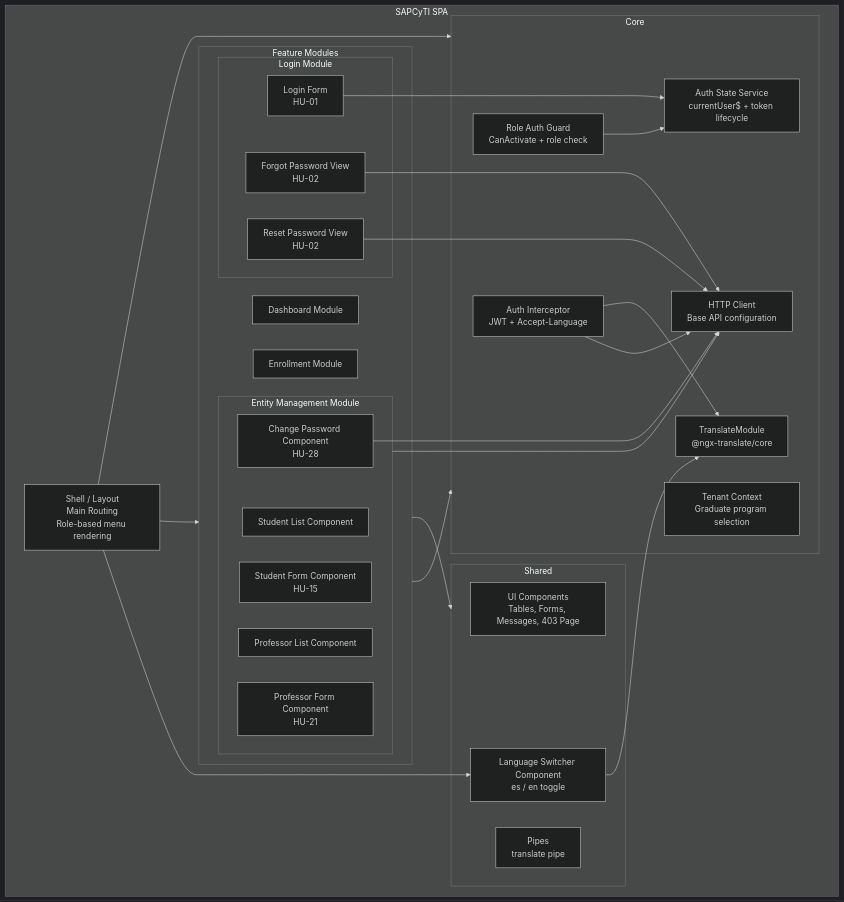
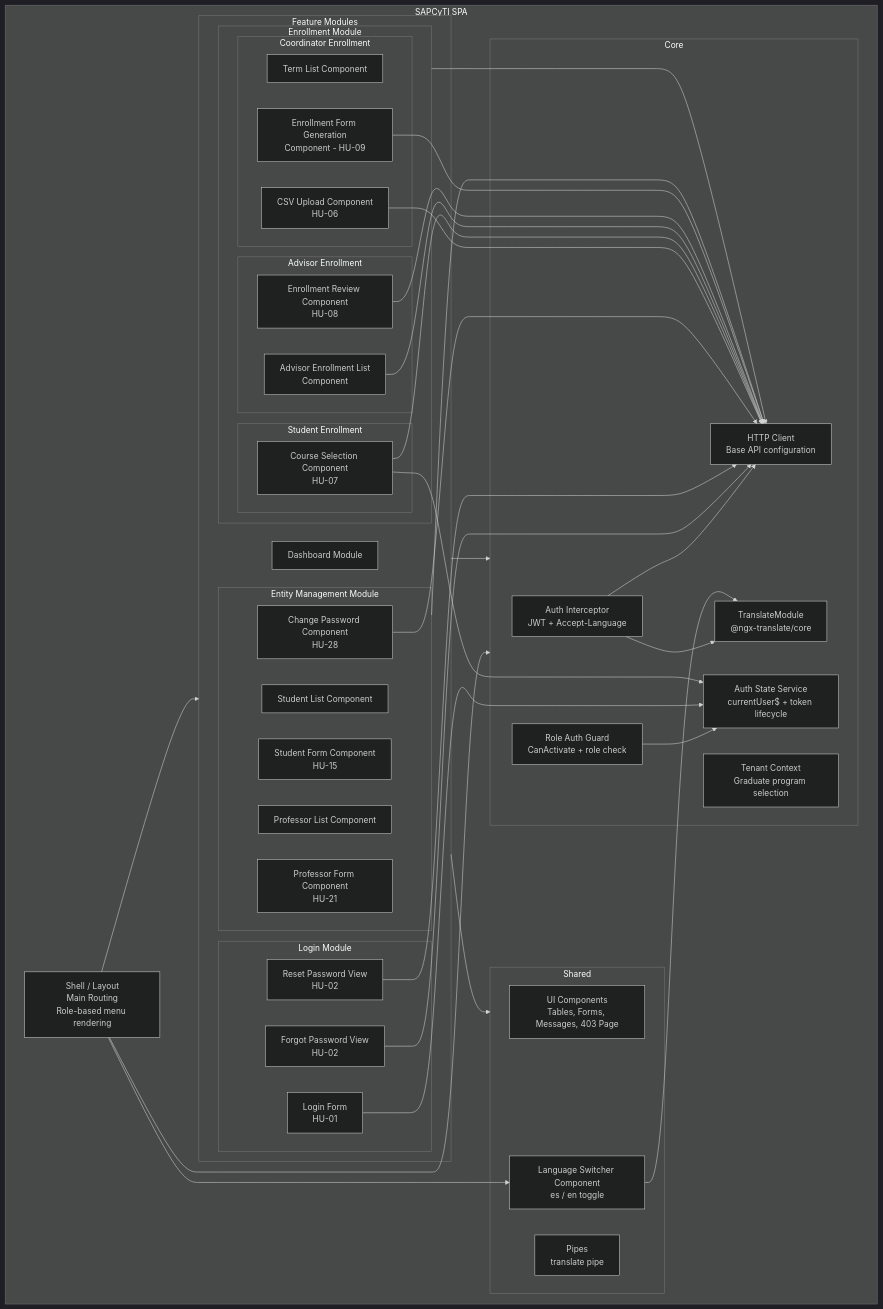
The sixth of 29 diagrams in Design/Architecture.md (SAPCyTI-UAM-I/Docs), drawn with Mermaid (dark theme) before and after one commit. The commit also changed other lines of this file, not shown here.

````diff
--- a/Design/Architecture.md
+++ b/Design/Architecture.md
@@ -607,55 +724,78 @@
 ```mermaid
 flowchart TB
     subgraph SPA["SAPCyTI SPA"]
         SHELL["Shell / Layout\nMain Routing\nRole-based menu rendering"]
 
         subgraph Features["Feature Modules"]
             subgraph LoginMod["Login Module"]
                 LOGINFORM["Login Form\nHU-01"]
                 FORGOTPWD["Forgot Password View\nHU-02"]
                 RESETPWD["Reset Password View\nHU-02"]
             end
 
             DASH["Dashboard Module"]
-            ENROLL["Enrollment Module"]
+
+            subgraph EnrollMod["Enrollment Module"]
+                subgraph CoordEnroll["Coordinator Enrollment"]
+                    TERMLIST["Term List Component"]
+                    CSVUPLOAD["CSV Upload Component\nHU-06"]
+                    FORMGEN["Enrollment Form Generation\nComponent - HU-09"]
+                end
+
+                subgraph StudentEnroll["Student Enrollment"]
+                    COURSESEL["Course Selection Component\nHU-07"]
+                end
+
+                subgraph AdvisorEnroll["Advisor Enrollment"]
+                    ADVENRLIST["Advisor Enrollment List\nComponent"]
+                    ENRREVIEW["Enrollment Review Component\nHU-08"]
+                end
+            end
 
             subgraph EntityMod["Entity Management Module"]
                 STUDLIST["Student List Component"]
                 STUDFORM["Student Form Component\nHU-15"]
                 PROFLIST["Professor List Component"]
                 PROFFORM["Professor Form Component\nHU-21"]
                 CHANGEPWD["Change Password Component\nHU-28"]
             end
         end
 
         subgraph Core["Core"]
             AUTHINT["Auth Interceptor\nJWT + Accept-Language"]
             AUTHGUARD["Role Auth Guard\nCanActivate + role check"]
             AUTHSTATE["Auth State Service\ncurrentUser$ + token lifecycle"]
             TENANT["Tenant Context\nGraduate program selection"]
             HTTP["HTTP Client\nBase API configuration"]
             I18N["TranslateModule\n@ngx-translate/core"]
         end
 
         subgraph Shared["Shared"]
             UICOMP["UI Components\nTables, Forms, Messages, 403 Page"]
             LANGSW["Language Switcher Component\nes / en toggle"]
             PIPES["Pipes\ntranslate pipe"]
         end
     end
 
     SHELL --> Features
     SHELL --> Core
     SHELL --> LANGSW
     Features --> Core
     Features --> Shared
     AUTHINT --> HTTP
     AUTHINT --> I18N
     AUTHGUARD --> AUTHSTATE
     LOGINFORM --> AUTHSTATE
     FORGOTPWD --> HTTP
     RESETPWD --> HTTP
     CHANGEPWD --> HTTP
     EntityMod --> HTTP
+    EnrollMod --> HTTP
     LANGSW --> I18N
+    CSVUPLOAD --> HTTP
+    COURSESEL --> HTTP
+    COURSESEL --> AUTHSTATE
+    ADVENRLIST --> HTTP
+    ENRREVIEW --> HTTP
+    FORMGEN --> HTTP
 ```
````
